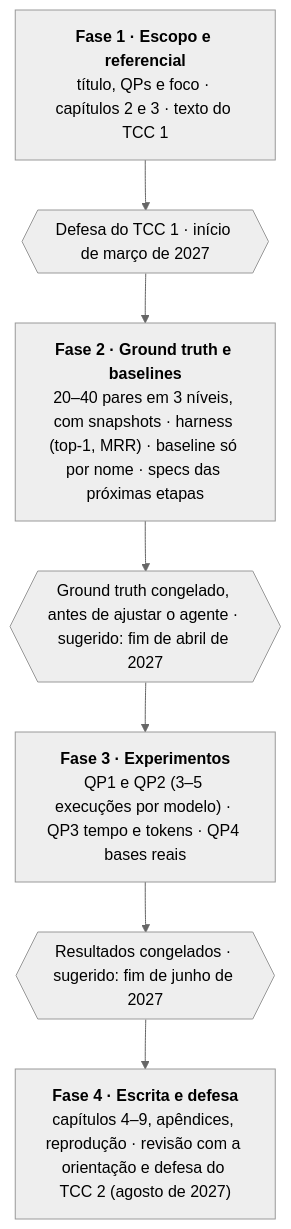
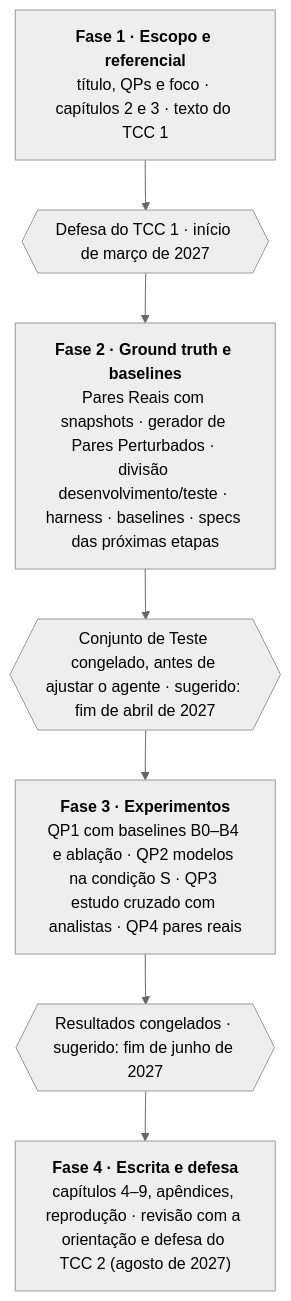
Before and after one commit to LuizaMaluf/Integracao-de-Dados-com-Modelos-de-Linguagem: the second of 2 diagrams in docs/tcc/proposta.md, drawn with Mermaid (neutral theme). The commit also changed other lines of this file and 5 other files, not shown here.

````diff
--- a/docs/tcc/proposta.md
+++ b/docs/tcc/proposta.md
@@ -197,11 +250,11 @@
 ```mermaid
 flowchart TB
     F1["<b>Fase 1 · Escopo e referencial</b><br/>título, QPs e foco · capítulos 2 e 3 · texto do TCC 1"]
     G1{{"Defesa do TCC 1 · início de março de 2027"}}
-    F2["<b>Fase 2 · Ground truth e baselines</b><br/>20–40 pares em 3 níveis, com snapshots · harness (top-1, MRR) · baseline só por nome · specs das próximas etapas"]
-    G2{{"Ground truth congelado, antes de ajustar o agente · sugerido: fim de abril de 2027"}}
-    F3["<b>Fase 3 · Experimentos</b><br/>QP1 e QP2 (3–5 execuções por modelo) · QP3 tempo e tokens · QP4 bases reais"]
+    F2["<b>Fase 2 · Ground truth e baselines</b><br/>Pares Reais com snapshots · gerador de Pares Perturbados · divisão desenvolvimento/teste · harness · baselines · specs das próximas etapas"]
+    G2{{"Conjunto de Teste congelado, antes de ajustar o agente · sugerido: fim de abril de 2027"}}
+    F3["<b>Fase 3 · Experimentos</b><br/>QP1 com baselines B0–B4 e ablação · QP2 modelos na condição S · QP3 estudo cruzado com analistas · QP4 pares reais"]
     G3{{"Resultados congelados · sugerido: fim de junho de 2027"}}
     F4["<b>Fase 4 · Escrita e defesa</b><br/>capítulos 4–9, apêndices, reprodução · revisão com a orientação e defesa do TCC 2 (agosto de 2027)"]
     F1 --> G1 --> F2 --> G2 --> F3 --> G3 --> F4
 ```
````
